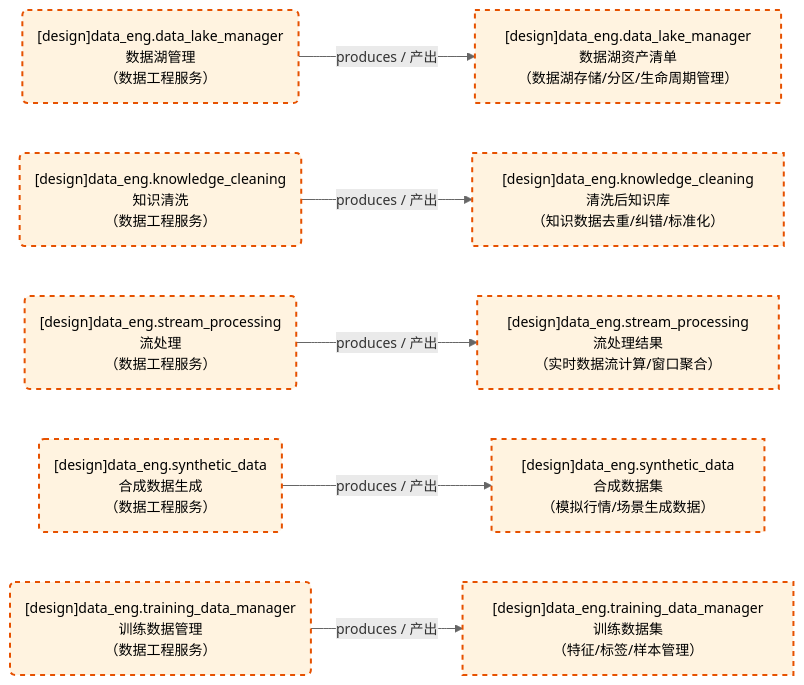
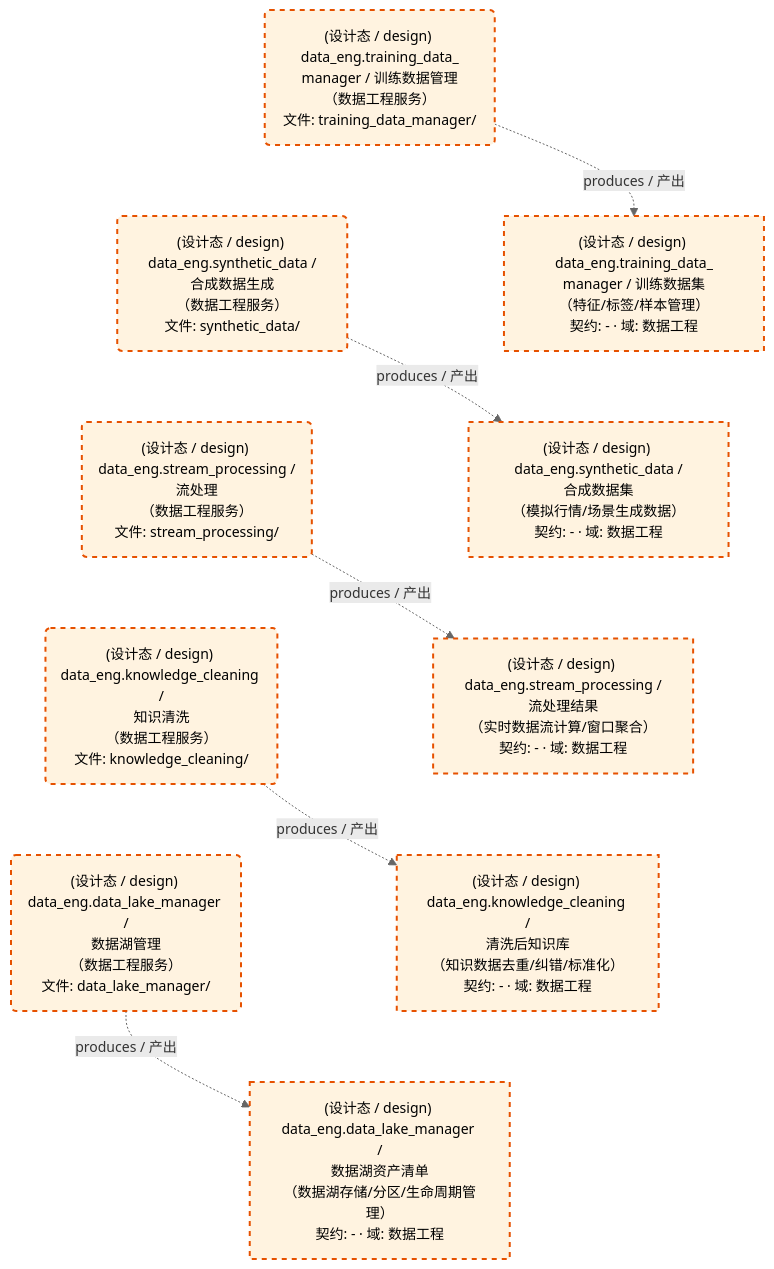
One commit to xuanFelixVan/ZephyrAlpha changed the first of 2 diagrams in docs/02_enterprise_architecture/05_dataflow_architecture/d_data_eng.md. Above: the diagram before and after it, drawn with Mermaid. The commit also changed other lines of this file and 15 other files, not shown here.

First line of the commit message:
feat(dataflow): 数据流图生成器模板 V1.2 全面升级——灰色主题+TD竖排+四要素+预折行+HTML联动

````diff
--- a/docs/02_enterprise_architecture/05_dataflow_architecture/d_data_eng.md
+++ b/docs/02_enterprise_architecture/05_dataflow_architecture/d_data_eng.md
@@ -25,22 +49,32 @@
 ```mermaid
-%%{init: {'theme': 'base', 'themeVariables': {'primaryColor': '#eaeaea', 'primaryTextColor': '#333333', 'primaryBorderColor': '#666666', 'lineColor': '#666666', 'secondaryColor': '#eaeaea', 'tertiaryColor': '#eaeaea', 'fontSize': '14px'}}}%%
-flowchart LR
-    DS11258["[design]data_eng.data_lake_manager<br/>数据湖资产清单<br/>（数据湖存储/分区/生命周期管理）"]
-    DS11259["[design]data_eng.knowledge_cleaning<br/>清洗后知识库<br/>（知识数据去重/纠错/标准化）"]
-    DS11260["[design]data_eng.stream_processing<br/>流处理结果<br/>（实时数据流计算/窗口聚合）"]
-    DS11261["[design]data_eng.synthetic_data<br/>合成数据集<br/>（模拟行情/场景生成数据）"]
-    DS11262["[design]data_eng.training_data_manager<br/>训练数据集<br/>（特征/标签/样本管理）"]
-    JOB757622("[design]data_eng.data_lake_manager<br/>数据湖管理<br/>（数据工程服务）")
-    JOB757623("[design]data_eng.knowledge_cleaning<br/>知识清洗<br/>（数据工程服务）")
-    JOB757624("[design]data_eng.stream_processing<br/>流处理<br/>（数据工程服务）")
-    JOB757625("[design]data_eng.synthetic_data<br/>合成数据生成<br/>（数据工程服务）")
-    JOB757626("[design]data_eng.training_data_manager<br/>训练数据管理<br/>（数据工程服务）")
-    JOB757622 -->|produces / 产出| DS11258
-    JOB757623 -->|produces / 产出| DS11259
-    JOB757624 -->|produces / 产出| DS11260
-    JOB757625 -->|produces / 产出| DS11261
-    JOB757626 -->|produces / 产出| DS11262
+%%{init: {'theme': 'base', 'themeVariables': {'primaryColor': '#eaeaea', 'primaryTextColor': '#333333', 'primaryBorderColor': '#666666', 'lineColor': '#666666', 'secondaryColor': '#eaeaea', 'tertiaryColor': '#eaeaea', 'clusterBkg': 'transparent', 'clusterBorder': 'transparent', 'fontSize': '14px'}}}%%
+flowchart TD
+    DS11258["(设计态 / design) data_eng.data_lake_manager /<br/>数据湖资产清单<br/>（数据湖存储/分区/生命周期管理）<br/>契约: - · 域: 数据工程"]
+    DS11259["(设计态 / design) data_eng.knowledge_cleaning /<br/>清洗后知识库<br/>（知识数据去重/纠错/标准化）<br/>契约: - · 域: 数据工程"]
+    DS11260["(设计态 / design) data_eng.stream_processing /<br/>流处理结果<br/>（实时数据流计算/窗口聚合）<br/>契约: - · 域: 数据工程"]
+    DS11261["(设计态 / design) data_eng.synthetic_data /<br/>合成数据集<br/>（模拟行情/场景生成数据）<br/>契约: - · 域: 数据工程"]
+    DS11262["(设计态 / design) data_eng.training_data_<br/>manager / 训练数据集<br/>（特征/标签/样本管理）<br/>契约: - · 域: 数据工程"]
+    JOB757622("(设计态 / design) data_eng.data_lake_manager /<br/>数据湖管理<br/>（数据工程服务）<br/>文件: data_lake_manager/")
+    JOB757623("(设计态 / design) data_eng.knowledge_cleaning /<br/>知识清洗<br/>（数据工程服务）<br/>文件: knowledge_cleaning/")
+    JOB757624("(设计态 / design) data_eng.stream_processing /<br/>流处理<br/>（数据工程服务）<br/>文件: stream_processing/")
+    JOB757625("(设计态 / design) data_eng.synthetic_data /<br/>合成数据生成<br/>（数据工程服务）<br/>文件: synthetic_data/")
+    JOB757626("(设计态 / design) data_eng.training_data_<br/>manager / 训练数据管理<br/>（数据工程服务）<br/>文件: training_data_manager/")
+    JOB757622 -.->|produces / 产出| DS11258
+    JOB757623 -.->|produces / 产出| DS11259
+    JOB757624 -.->|produces / 产出| DS11260
+    JOB757625 -.->|produces / 产出| DS11261
+    JOB757626 -.->|produces / 产出| DS11262
+    JOB757626 ~~~ JOB757625
+    JOB757625 ~~~ JOB757624
+    JOB757624 ~~~ JOB757623
+    JOB757623 ~~~ JOB757622
+    DS11262 ~~~ DS11261
+    DS11261 ~~~ DS11260
+    DS11260 ~~~ DS11259
+    DS11259 ~~~ DS11258
+    classDef production fill:#e1f5fe,stroke:#01579b,stroke-width:2px,color:#000
     classDef design fill:#fff3e0,stroke:#e65100,stroke-width:2px,color:#000,stroke-dasharray: 5 5
-    classDef production fill:#e1f5fe,stroke:#01579b,stroke-width:2px,color:#000
+    classDef external_prod fill:#e8f4fd,stroke:#0277bd,stroke-width:1px,color:#000
+    classDef external_design fill:#fff8e7,stroke:#ef6c00,stroke-width:1px,color:#000,stroke-dasharray: 5 5
     class DS11258,DS11259,DS11260,DS11261,DS11262,JOB757622,JOB757623,JOB757624,JOB757625,JOB757626 design
 ```
````
